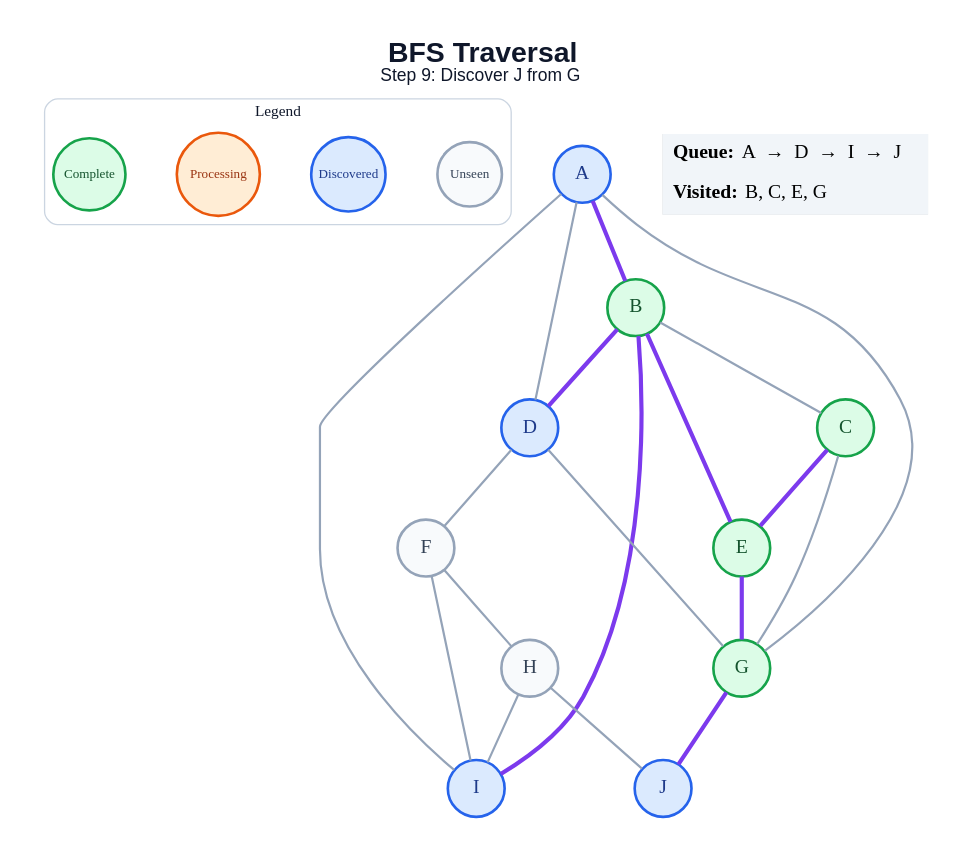
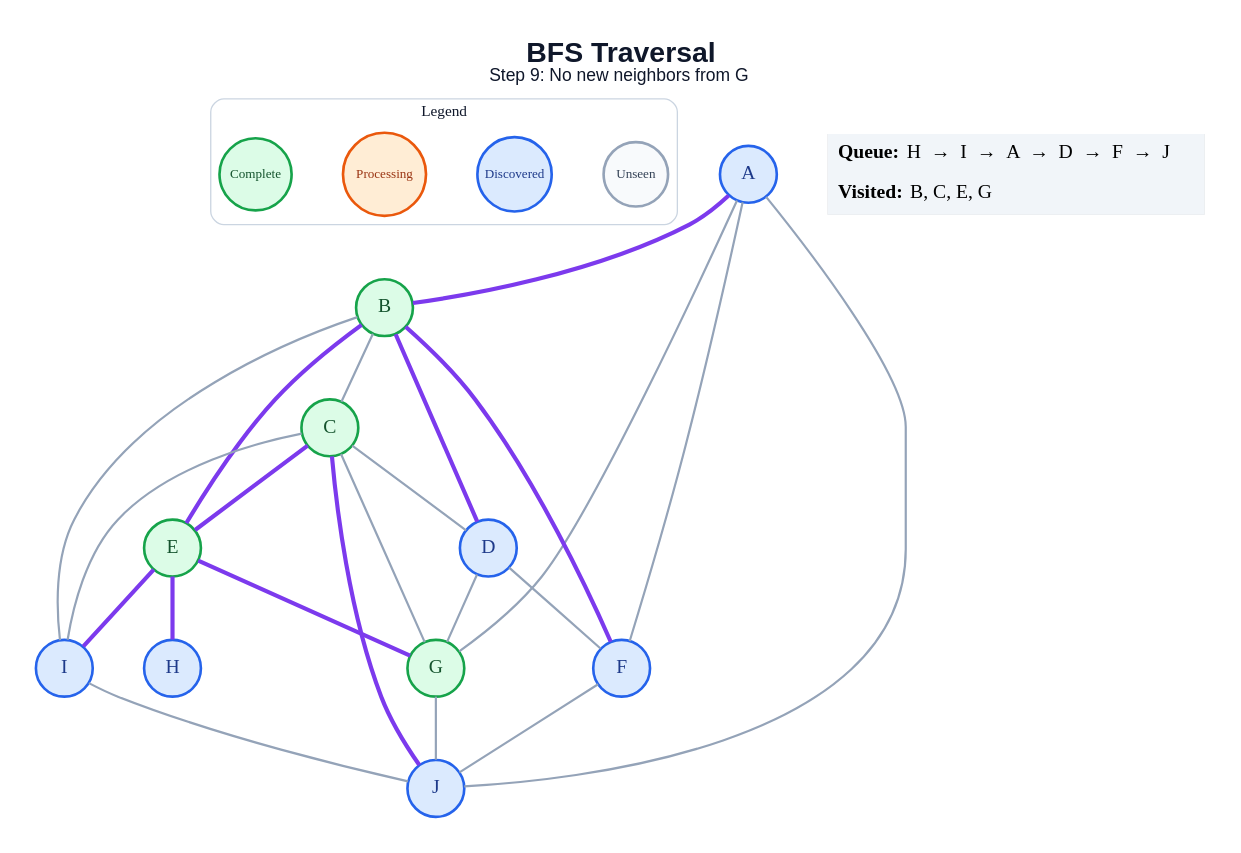
One commit to amanghodawala9/ai-slop changed the diagram in generated/specific-node/bfs/step_09.dot. Above: the diagram before and after it, drawn with Graphviz. The commit also changed 178 other files, not shown here.

```diff
--- a/generated/specific-node/bfs/step_09.dot
+++ b/generated/specific-node/bfs/step_09.dot
@@ -1,47 +1,51 @@
 graph traversal {
   graph [layout=dot, rankdir=TB, bgcolor="#FFFFFF", pad="0.35", nodesep="0.65", ranksep="0.8", fontname="Arial"];
   node [shape=circle, style="filled", fontname="Arial Bold", fontsize=18, width=0.72, fixedsize=true, penwidth=2.4];
   edge [color="#94A3B8", penwidth=2.0];
-  label=<<B>BFS Traversal</B><BR/><FONT POINT-SIZE="16">Step 9: Discover J from G</FONT>>; labelloc="t"; fontsize=26; fontname="Arial"; fontcolor="#0F172A";
+  label=<<B>BFS Traversal</B><BR/><FONT POINT-SIZE="16">Step 9: No new neighbors from G</FONT>>; labelloc="t"; fontsize=26; fontname="Arial"; fontcolor="#0F172A";
   subgraph cluster_legend { label="Legend"; color="#CBD5E1"; penwidth=1.2; style="rounded"; fontsize=14; fontname="Arial Bold";
     key_unseen [label="Unseen", fillcolor="#F8FAFC", color="#94A3B8", fontcolor="#334155", fontsize=12, width=0.82];
     key_frontier [label="Discovered", fillcolor="#DBEAFE", color="#2563EB", fontcolor="#1E3A8A", fontsize=12, width=0.95];
     key_current [label="Processing", fillcolor="#FFEDD5", color="#EA580C", fontcolor="#9A3412", fontsize=12, width=1.05];
     key_done [label="Complete", fillcolor="#DCFCE7", color="#16A34A", fontcolor="#14532D", fontsize=12, width=0.92];
     { rank=same; key_unseen; key_frontier; key_current; key_done; }
   }
   A [fillcolor="#DBEAFE", color="#2563EB", fontcolor="#1E3A8A"];
   B [fillcolor="#DCFCE7", color="#16A34A", fontcolor="#14532D"];
   C [fillcolor="#DCFCE7", color="#16A34A", fontcolor="#14532D"];
   D [fillcolor="#DBEAFE", color="#2563EB", fontcolor="#1E3A8A"];
   E [fillcolor="#DCFCE7", color="#16A34A", fontcolor="#14532D"];
-  F [fillcolor="#F8FAFC", color="#94A3B8", fontcolor="#334155"];
+  F [fillcolor="#DBEAFE", color="#2563EB", fontcolor="#1E3A8A"];
   G [fillcolor="#DCFCE7", color="#16A34A", fontcolor="#14532D"];
-  H [fillcolor="#F8FAFC", color="#94A3B8", fontcolor="#334155"];
+  H [fillcolor="#DBEAFE", color="#2563EB", fontcolor="#1E3A8A"];
   I [fillcolor="#DBEAFE", color="#2563EB", fontcolor="#1E3A8A"];
   J [fillcolor="#DBEAFE", color="#2563EB", fontcolor="#1E3A8A"];
   A -- B [color="#7C3AED", penwidth=3.8];
-  A -- D;
+  A -- F;
   A -- G;
-  A -- I;
+  A -- J;
   B -- C;
   B -- D [color="#7C3AED", penwidth=3.8];
   B -- E [color="#7C3AED", penwidth=3.8];
-  B -- I [color="#7C3AED", penwidth=3.8];
+  B -- F [color="#7C3AED", penwidth=3.8];
+  B -- I;
+  C -- D;
   C -- E [color="#7C3AED", penwidth=3.8];
   C -- G;
+  C -- I;
+  C -- J [color="#7C3AED", penwidth=3.8];
   D -- F;
   D -- G;
   E -- G [color="#7C3AED", penwidth=3.8];
-  F -- H;
-  F -- I;
-  G -- J [color="#7C3AED", penwidth=3.8];
-  H -- I;
-  H -- J;
+  E -- H [color="#7C3AED", penwidth=3.8];
+  E -- I [color="#7C3AED", penwidth=3.8];
+  F -- J;
+  G -- J;
+  I -- J;
   status [shape=plain, fixedsize=false, width=0, height=0, margin=0, label=<
     <TABLE BORDER="0" CELLBORDER="0" CELLPADDING="7" BGCOLOR="#F1F5F9">
-      <TR><TD ALIGN="LEFT"><B>Queue:</B> A  →  D  →  I  →  J</TD></TR>
+      <TR><TD ALIGN="LEFT"><B>Queue:</B> H  →  I  →  A  →  D  →  F  →  J</TD></TR>
       <TR><TD ALIGN="LEFT"><B>Visited:</B> B, C, E, G</TD></TR>
     </TABLE>
   >];
 }
```
